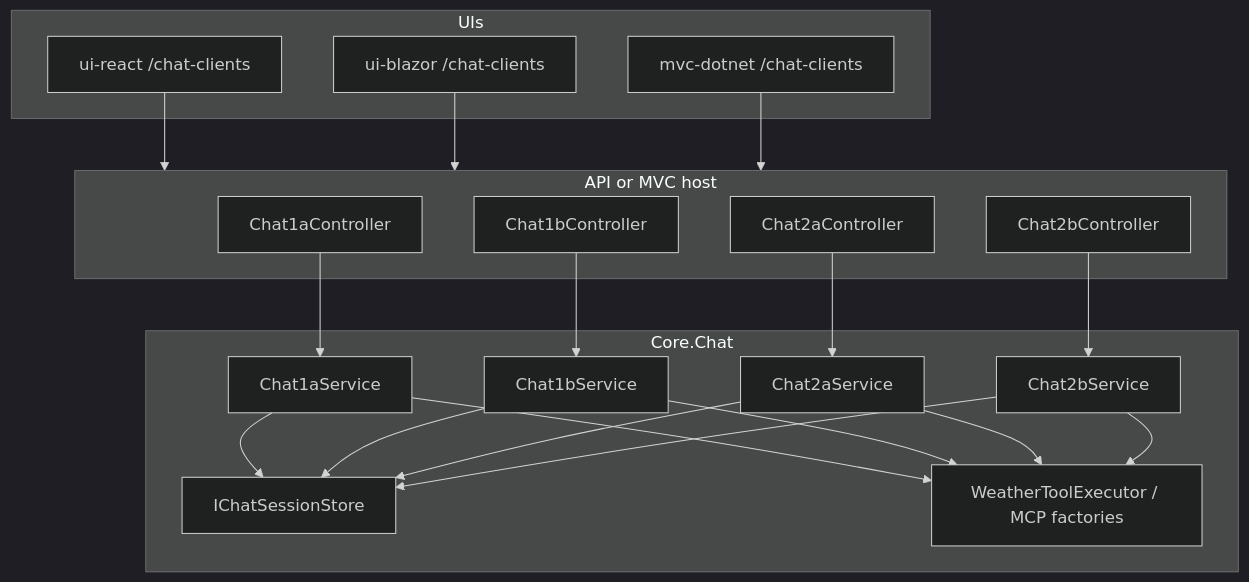
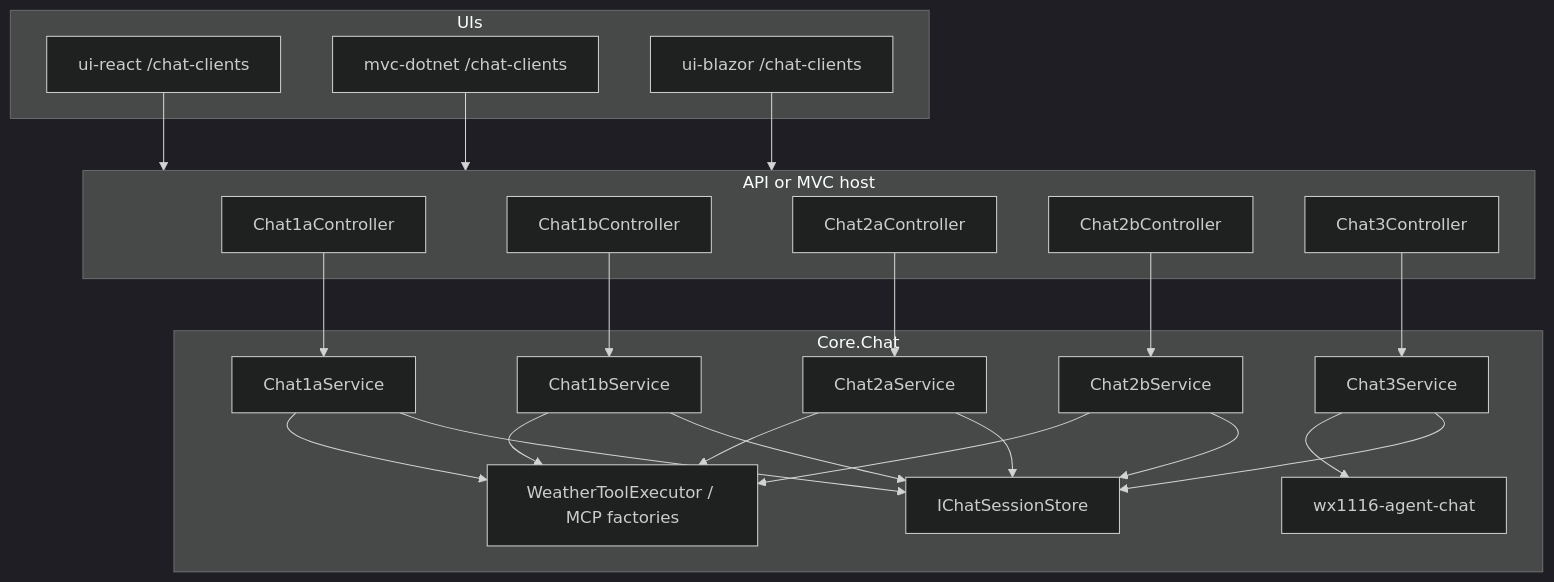
The diagram in docs/5-chat-clients/5-chat-clients.md (dustinkorzaan/weather-1116), drawn with Mermaid (dark theme) before and after one commit. The commit also changed other lines of this file and 28 other files, not shown here.

First line of the commit message:
Add Chat3 hosted Foundry agent tab targeting wx1116-agent-chat (#224)

````diff
--- a/docs/5-chat-clients/5-chat-clients.md
+++ b/docs/5-chat-clients/5-chat-clients.md
@@ -21,43 +26,49 @@
 ```mermaid
 flowchart TB
     subgraph ui [UIs]
         React[ui-react /chat-clients]
         MVC[mvc-dotnet /chat-clients]
         Blazor[ui-blazor /chat-clients]
     end
 
     subgraph api [API or MVC host]
         C1a[Chat1aController]
         C1b[Chat1bController]
         C2a[Chat2aController]
         C2b[Chat2bController]
+        C3[Chat3Controller]
     end
 
     subgraph core [Core.Chat]
         S1a[Chat1aService]
         S1b[Chat1bService]
         S2a[Chat2aService]
         S2b[Chat2bService]
+        S3[Chat3Service]
         Store[IChatSessionStore]
         Tools[WeatherToolExecutor / MCP factories]
+        Agent[wx1116-agent-chat]
     end
 
     React --> api
     Blazor --> api
     MVC --> api
 
     C1a --> S1a
     C1b --> S1b
     C2a --> S2a
     C2b --> S2b
+    C3 --> S3
 
     S1a --> Store
     S1b --> Store
     S2a --> Store
     S2b --> Store
+    S3 --> Store
 
     S1a --> Tools
     S1b --> Tools
     S2a --> Tools
     S2b --> Tools
+    S3 --> Agent
 ```
````
